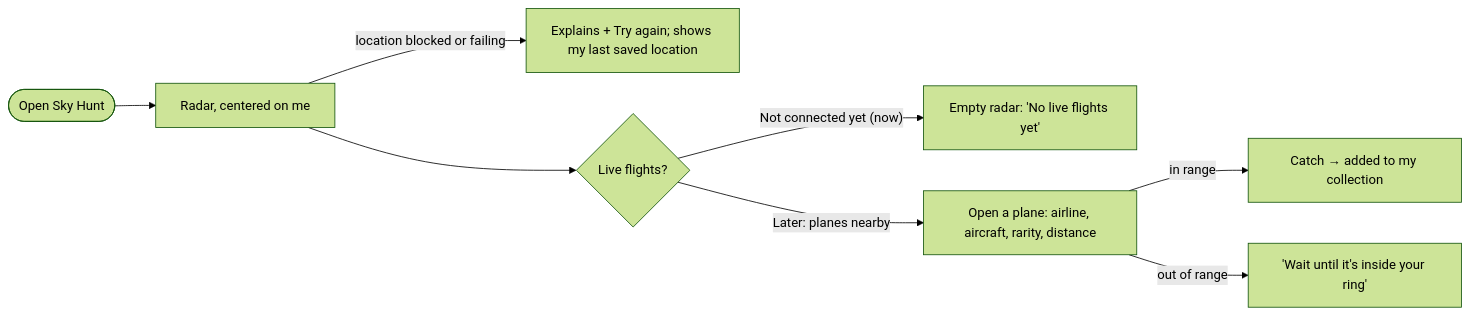
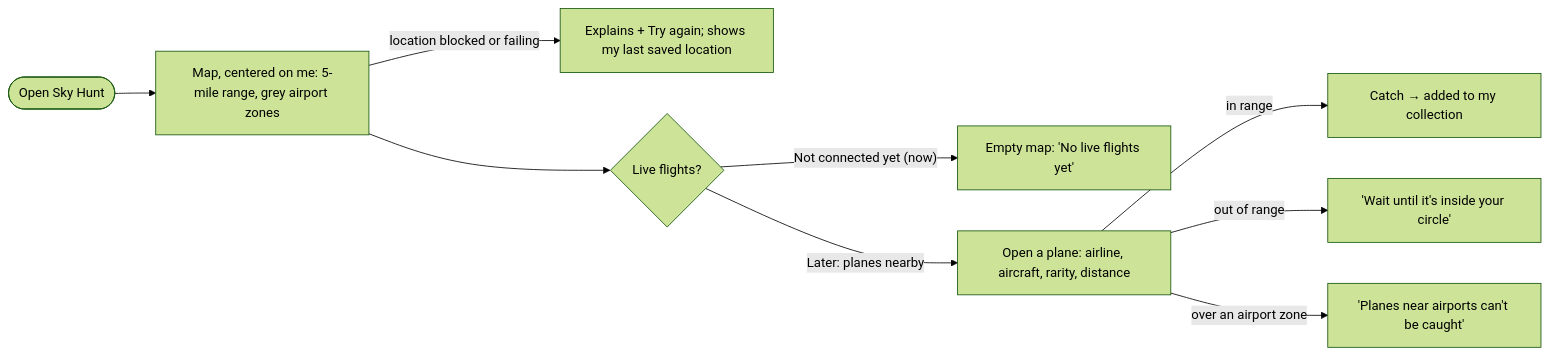
One commit to neilpandya01/hw5-dbs changed the second of 2 diagrams in flows.md. Above: the diagram before and after it, drawn with Mermaid (forest theme). The commit also changed other lines of this file and 4 other files, not shown here.

````diff
--- a/flows.md
+++ b/flows.md
@@ -38,10 +38,11 @@
 ```mermaid
 flowchart LR
-  A([Open Sky Hunt]) --> R["Radar, centered on me"]
+  A([Open Sky Hunt]) --> R["Map, centered on me: 5-mile range, grey airport zones"]
   R -->|location blocked or failing| P["Explains + Try again; shows my last saved location"]
   R --> F{Live flights?}
-  F -- "Not connected yet (now)" --> E["Empty radar: 'No live flights yet'"]
+  F -- "Not connected yet (now)" --> E["Empty map: 'No live flights yet'"]
   F -- "Later: planes nearby" --> O["Open a plane: airline, aircraft, rarity, distance"]
   O -->|in range| C["Catch → added to my collection"]
-  O -->|out of range| W["'Wait until it's inside your ring'"]
+  O -->|out of range| W["'Wait until it's inside your circle'"]
+  O -->|over an airport zone| Z["'Planes near airports can't be caught'"]
 ```
````
